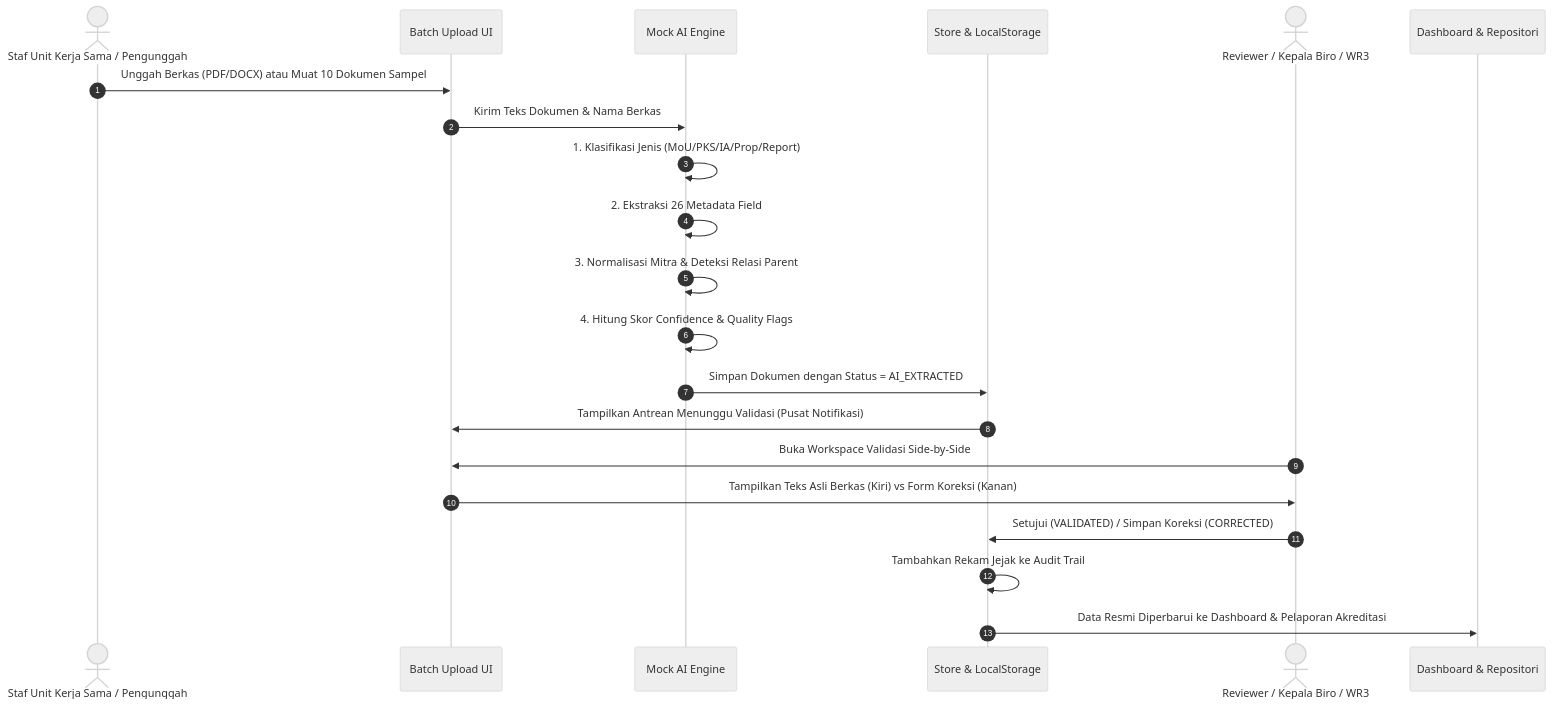
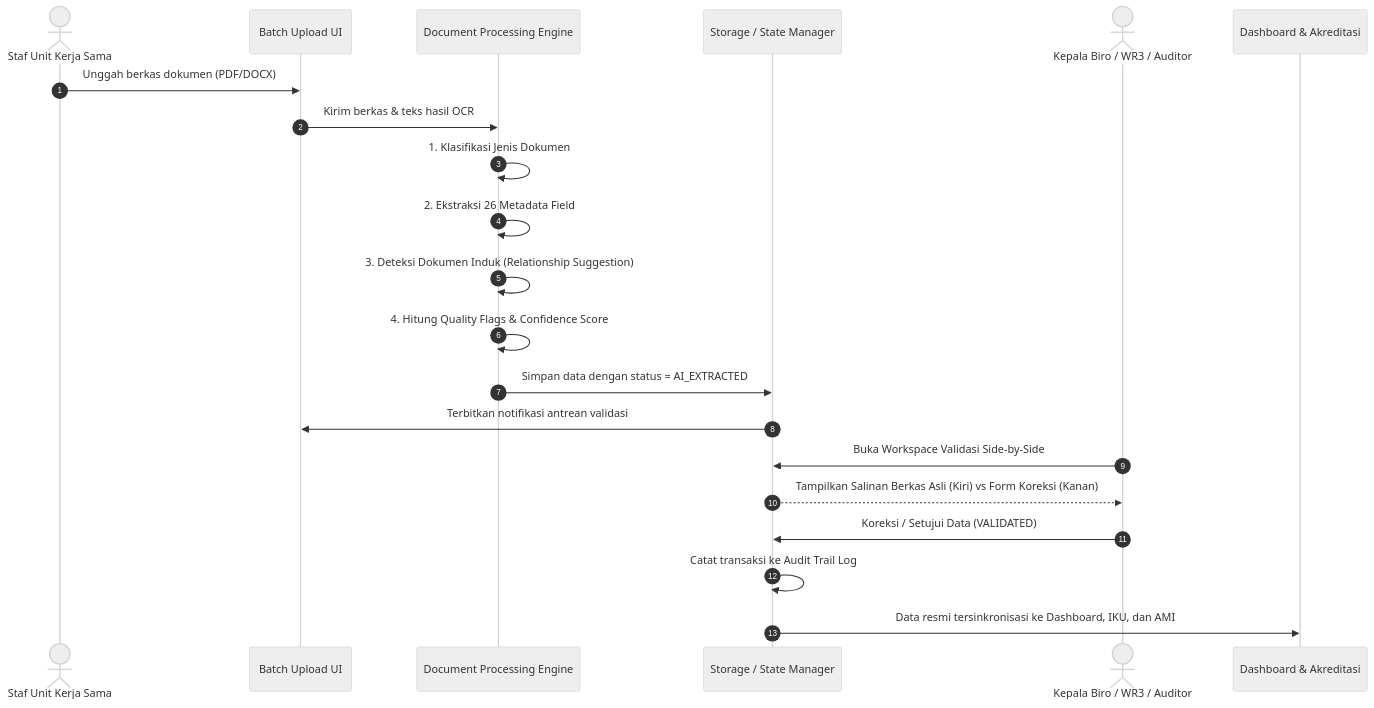
The second of 3 diagrams in docs/ARCHITECTURE.md (samuelhtampubolon/ksdas-itdel), drawn with Mermaid (neutral theme) before and after one commit. The commit also changed other lines of this file and 3 other files, not shown here.

Commit message:
docs: enrich Data Dictionary V0.2 (Sec A-V), Solution Architect spec, and PostgreSQL DDL schema

````diff
--- a/docs/ARCHITECTURE.md
+++ b/docs/ARCHITECTURE.md
@@ -67,25 +86,25 @@
 ```mermaid
 sequenceDiagram
     autonumber
-    actor Staf as Staf Unit Kerja Sama / Pengunggah
-    participant UI as Batch Upload UI
-    participant AI as Mock AI Engine
-    participant Store as Store & LocalStorage
-    actor Reviewer as Reviewer / Kepala Biro / WR3
-    participant Dashboard as Dashboard & Repositori
+    actor Staf as Staf Unit Kerja Sama
+    participant Upload as Batch Upload UI
+    participant AI as Document Processing Engine
+    participant Store as Storage / State Manager
+    actor Validator as Kepala Biro / WR3 / Auditor
+    participant Public as Dashboard & Akreditasi
 
-    Staf->>UI: Unggah Berkas (PDF/DOCX) atau Muat 10 Dokumen Sampel
-    UI->>AI: Kirim Teks Dokumen & Nama Berkas
-    AI->>AI: 1. Klasifikasi Jenis (MoU/PKS/IA/Prop/Report)
+    Staf->>Upload: Unggah berkas dokumen (PDF/DOCX)
+    Upload->>AI: Kirim berkas & teks hasil OCR
+    AI->>AI: 1. Klasifikasi Jenis Dokumen
     AI->>AI: 2. Ekstraksi 26 Metadata Field
-    AI->>AI: 3. Normalisasi Mitra & Deteksi Relasi Parent
-    AI->>AI: 4. Hitung Skor Confidence & Quality Flags
-    AI->>Store: Simpan Dokumen dengan Status = AI_EXTRACTED
-    Store->>UI: Tampilkan Antrean Menunggu Validasi (Pusat Notifikasi)
-    
-    Reviewer->>UI: Buka Workspace Validasi Side-by-Side
-    UI->>Reviewer: Tampilkan Teks Asli Berkas (Kiri) vs Form Koreksi (Kanan)
-    Reviewer->>Store: Setujui (VALIDATED) / Simpan Koreksi (CORRECTED)
-    Store->>Store: Tambahkan Rekam Jejak ke Audit Trail
-    Store->>Dashboard: Data Resmi Diperbarui ke Dashboard & Pelaporan Akreditasi
+    AI->>AI: 3. Deteksi Dokumen Induk (Relationship Suggestion)
+    AI->>AI: 4. Hitung Quality Flags & Confidence Score
+    AI->>Store: Simpan data dengan status = AI_EXTRACTED
+    Store->>Upload: Terbitkan notifikasi antrean validasi
+
+    Validator->>Store: Buka Workspace Validasi Side-by-Side
+    Store-->>Validator: Tampilkan Salinan Berkas Asli (Kiri) vs Form Koreksi (Kanan)
+    Validator->>Store: Koreksi / Setujui Data (VALIDATED)
+    Store->>Store: Catat transaksi ke Audit Trail Log
+    Store->>Public: Data resmi tersinkronisasi ke Dashboard, IKU, dan AMI
 ```
````
